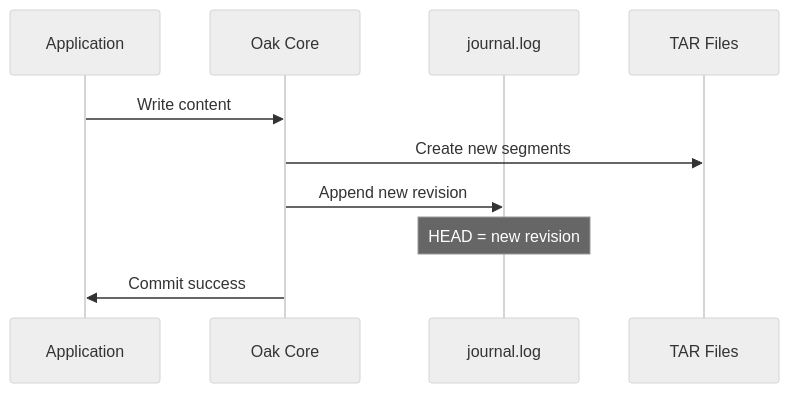
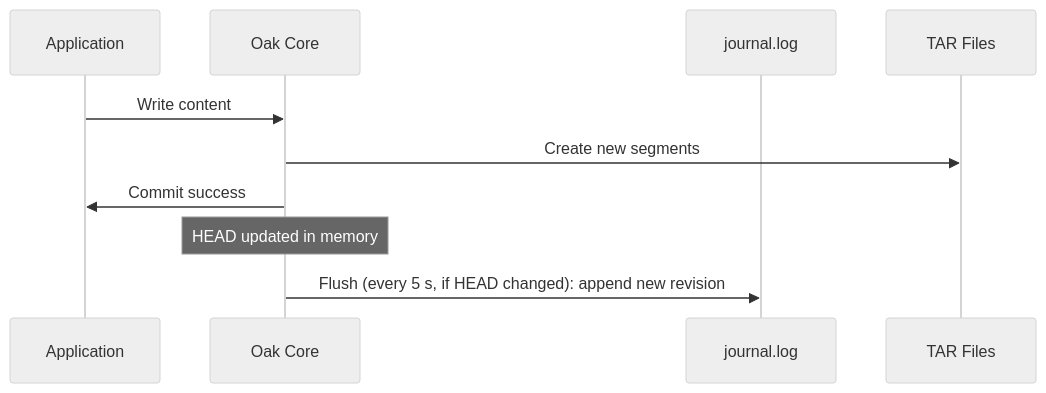
One commit to somarc/oak-magnum-oakus changed the diagram in docs/architecture/journal.md. Above: the diagram before and after it, drawn with Mermaid (neutral theme). The commit also changed other lines of this file and 32 other files, not shown here.

````diff
--- a/docs/architecture/journal.md
+++ b/docs/architecture/journal.md
@@ -38,13 +38,13 @@
 ```mermaid
 sequenceDiagram
     participant App as Application
     participant Oak as Oak Core
     participant Journal as journal.log
     participant TAR as TAR Files
     
     App->>Oak: Write content
     Oak->>TAR: Create new segments
-    Oak->>Journal: Append new revision
-    Note over Journal: HEAD = new revision
     Oak->>App: Commit success
+    Note over Oak: HEAD updated in memory
+    Oak->>Journal: Flush (every 5 s, if HEAD changed): append new revision
 ```
````
